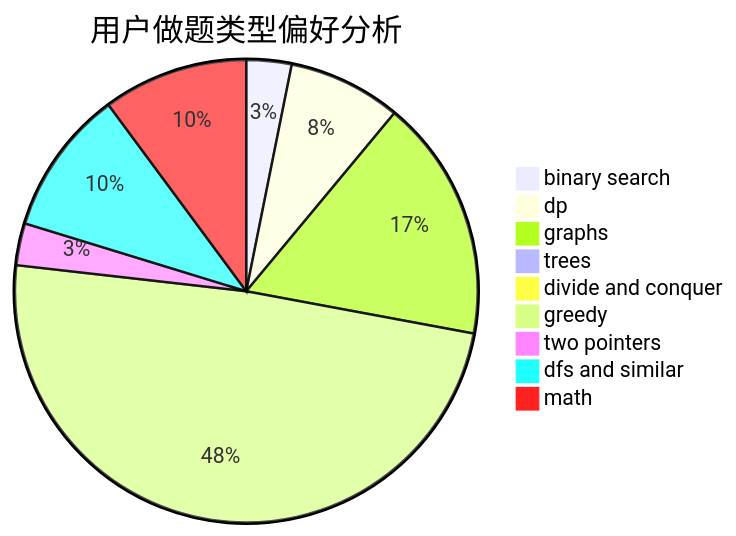
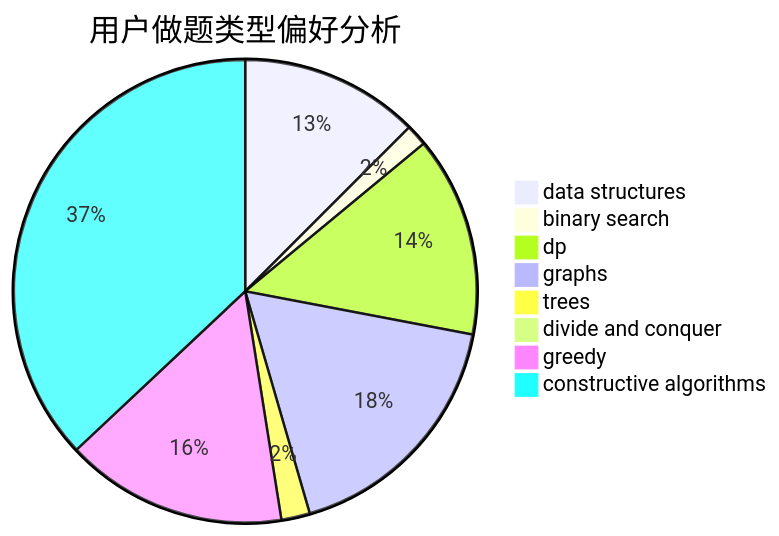
Before and after one commit to sherpahu/cfrs.github.io: the second of 3 diagrams in docs/user/u1185.md, drawn with Mermaid. The commit also changed other lines of this file and 2775 other files, not shown here.

````diff
--- a/docs/user/u1185.md
+++ b/docs/user/u1185.md
@@ -23,12 +23,11 @@
 ```mermaid
 pie title 用户做题类型偏好分析
-    "binary search" :  14
-    "dp" :  35
-    "graphs" :  75
+    "data structures" :  25
+    "binary search" :  3
+    "dp" :  28
+    "graphs" :  35
     "trees" :  4
     "divide and conquer" :  0
-    "greedy" :  217
-    "two pointers" :  13
-    "dfs and similar" :  45
-    "math" :  45
+    "greedy" :  31
+    "constructive algorithms" :  74
 ```
````
